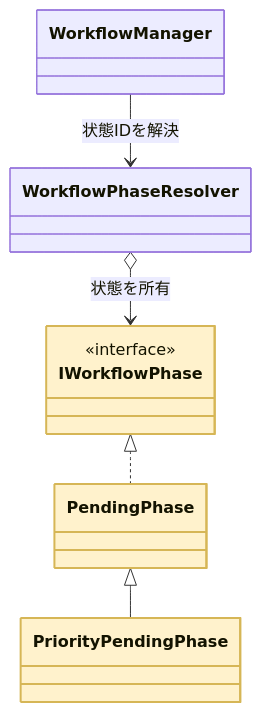
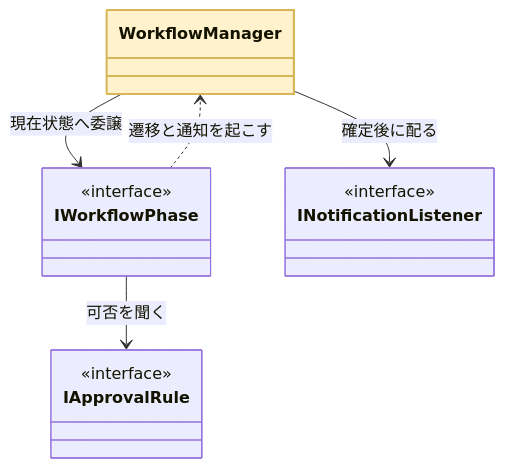
One commit to kumachan1101-pixel/DesignPattern changed diagram 12 of 21 in kindle/design-patterns/output/chapter12.md. Above: the diagram before and after it, drawn with Mermaid. The commit also changed other lines of this file, not shown here.

````diff
--- a/kindle/design-patterns/output/chapter12.md
+++ b/kindle/design-patterns/output/chapter12.md
@@ -1516,16 +1860,13 @@
 ```mermaid
 classDiagram
     class WorkflowManager
-    class WorkflowPhaseResolver
     class IWorkflowPhase { <<interface>> }
-    class PendingPhase
-    class PriorityPendingPhase
-    WorkflowManager --> WorkflowPhaseResolver : 状態IDを解決
-    WorkflowPhaseResolver o--> IWorkflowPhase : 状態を所有
-    IWorkflowPhase <|.. PendingPhase
-    PendingPhase <|-- PriorityPendingPhase
-    class IWorkflowPhase:::focus
-    class PendingPhase:::focus
-    class PriorityPendingPhase:::focus
+    class INotificationListener { <<interface>> }
+    class IApprovalRule { <<interface>> }
+    WorkflowManager --> IWorkflowPhase : 現在状態へ委譲
+    WorkflowManager --> INotificationListener : 確定後に配る
+    IWorkflowPhase --> IApprovalRule : 可否を聞く
+    IWorkflowPhase ..> WorkflowManager : 遷移と通知を起こす
+    class WorkflowManager:::focus
     classDef focus fill:#FFF2CC,stroke:#D6B656,stroke-width:2px
 ```
````
